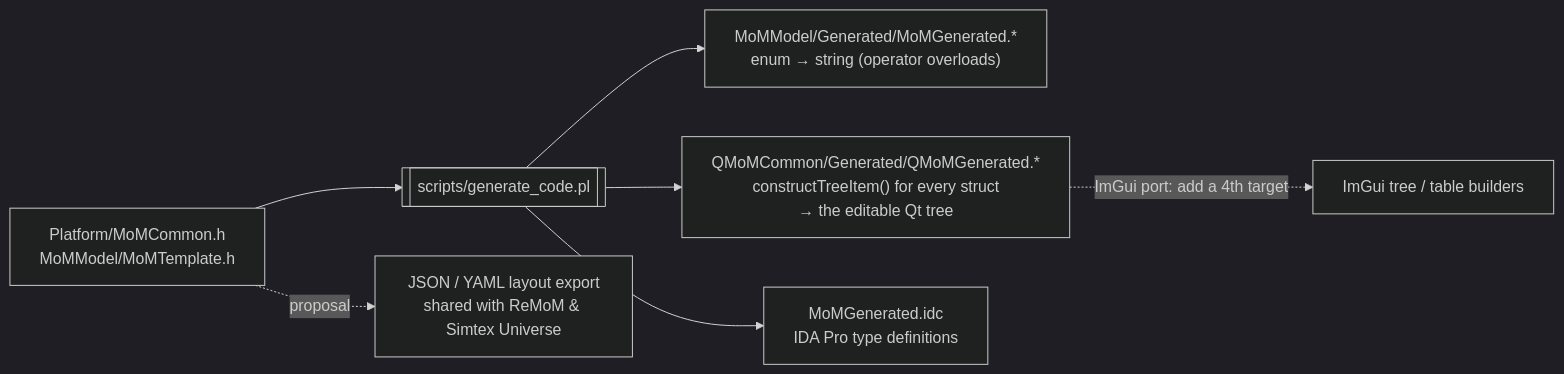
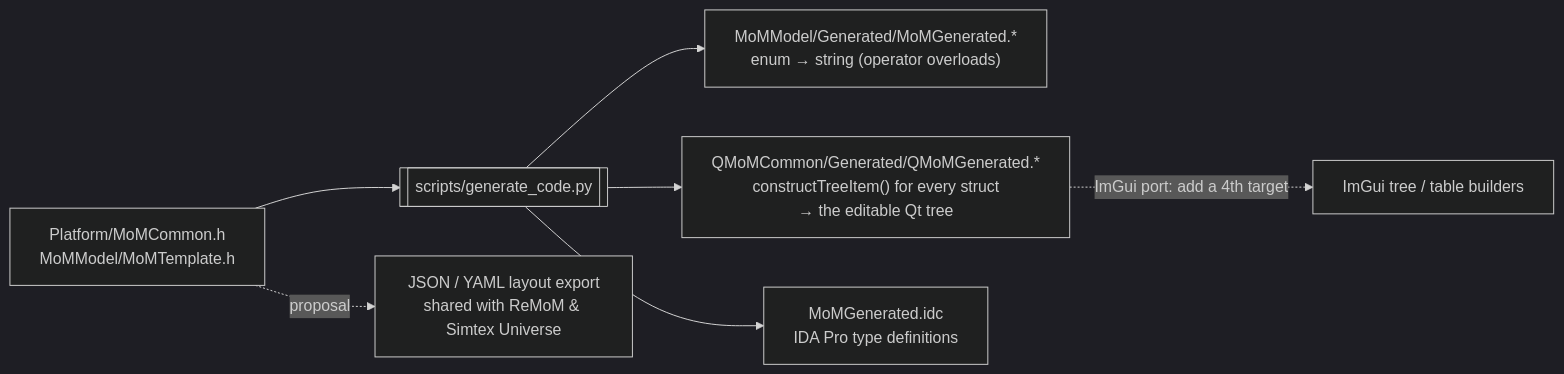
One commit to jbalcomb/MoM-RTGT changed the fourth of 5 diagrams in docs/architecture.md. Above: the diagram before and after it, drawn with Mermaid (dark theme). The commit also changed other lines of this file and 8 other files, not shown here.

First line of the commit message:
Translate generate_code.pl to Python

````diff
--- a/docs/architecture.md
+++ b/docs/architecture.md
@@ -119,9 +119,9 @@
 ```mermaid
 flowchart LR
-  T["Platform/MoMCommon.h<br/>MoMModel/MoMTemplate.h"] --> G[[scripts/generate_code.pl]]
+  T["Platform/MoMCommon.h<br/>MoMModel/MoMTemplate.h"] --> G[[scripts/generate_code.py]]
   G --> A["MoMModel/Generated/MoMGenerated.*<br/>enum → string (operator overloads)"]
   G --> B["QMoMCommon/Generated/QMoMGenerated.*<br/>constructTreeItem() for every struct<br/>→ the editable Qt tree"]
   G --> I["MoMGenerated.idc<br/>IDA Pro type definitions"]
   B -. "ImGui port: add a 4th target" .-> N["ImGui tree / table builders"]
   T -. "proposal" .-> J["JSON / YAML layout export<br/>shared with ReMoM & Simtex Universe"]
 ```
````
